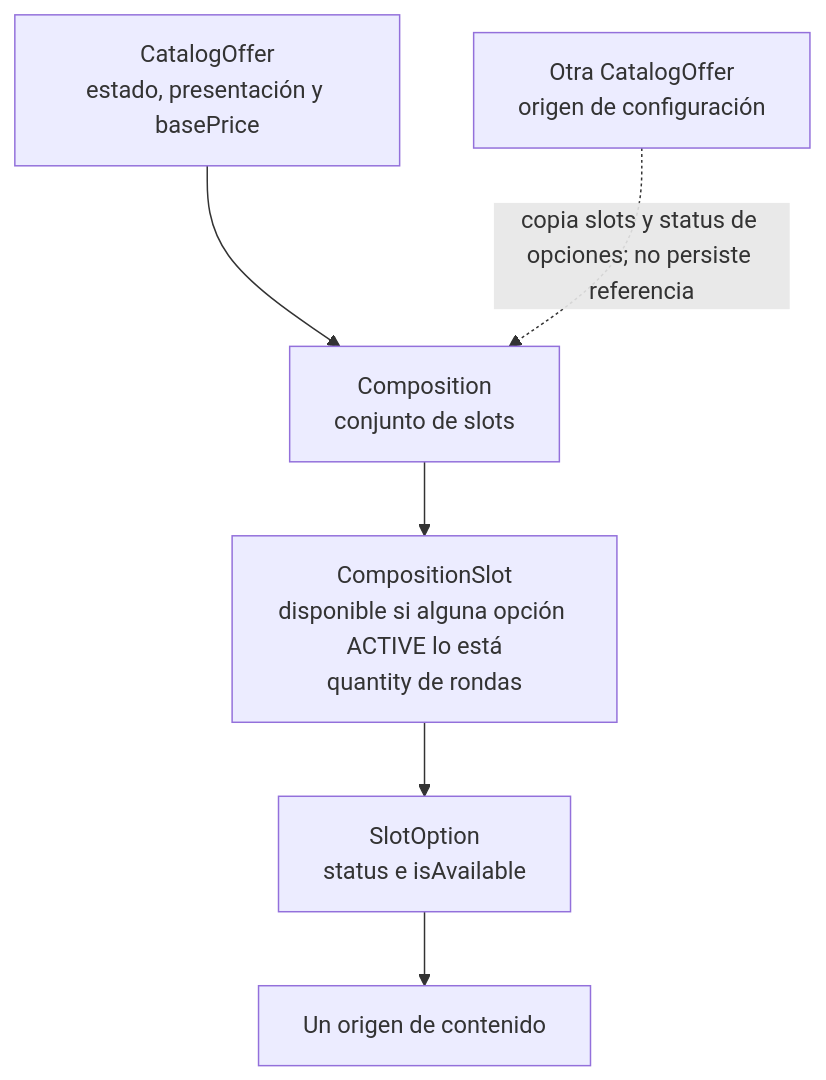
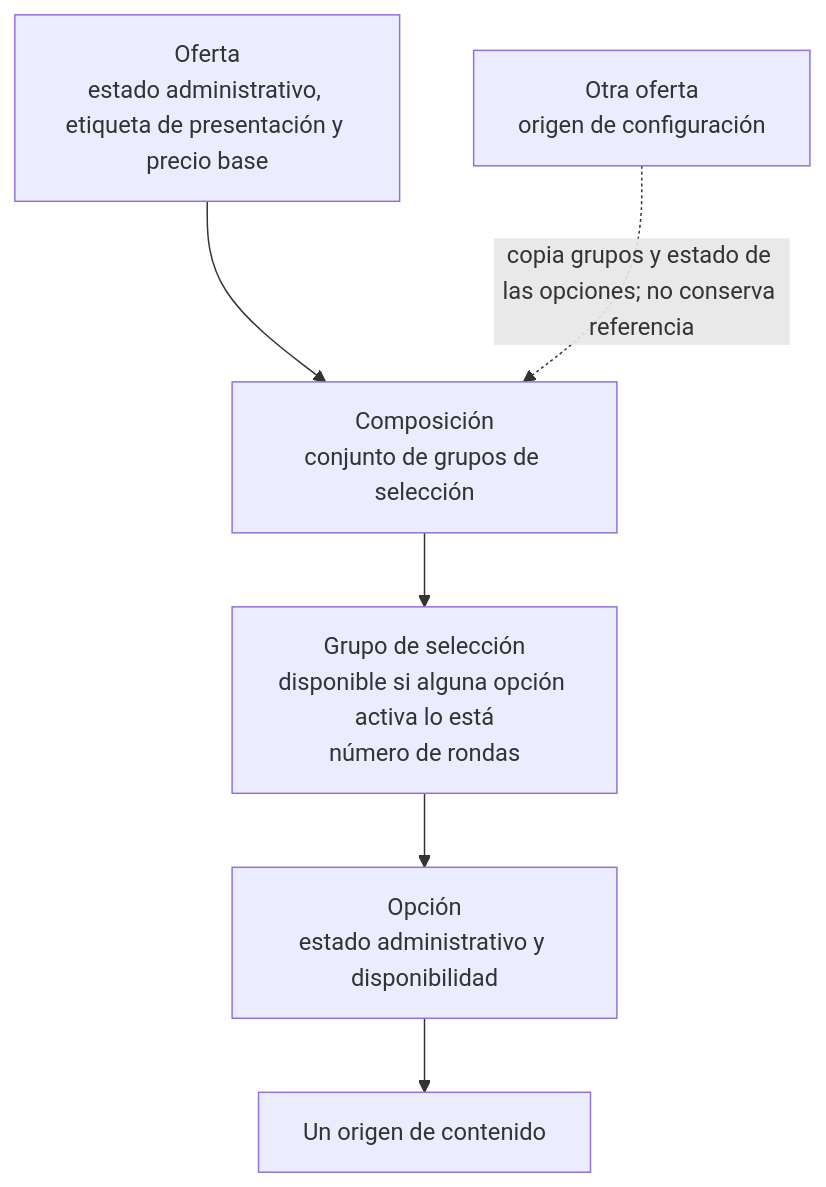
The second of 2 diagrams in docs/ers/context.md (FMAT-Restaurant/Menu-Documentation), drawn with Mermaid before and after one commit. The commit also changed other lines of this file and 21 other files, not shown here.

````diff
--- a/docs/ers/context.md
+++ b/docs/ers/context.md
@@ -98,8 +92,8 @@
 ```mermaid
 flowchart TD
-    Offer["CatalogOffer<br/>estado, presentación y basePrice"] --> Composition["Composition<br/>conjunto de slots"]
-    Composition --> Slot["CompositionSlot<br/>disponible si alguna opción ACTIVE lo está<br/>quantity de rondas"]
-    Slot --> SlotOption["SlotOption<br/>status e isAvailable"]
+    Offer["Oferta<br/>estado administrativo, etiqueta de presentación y precio base"] --> Composition["Composición<br/>conjunto de grupos de selección"]
+    Composition --> Slot["Grupo de selección<br/>disponible si alguna opción activa lo está<br/>número de rondas"]
+    Slot --> SlotOption["Opción<br/>estado administrativo y disponibilidad"]
     SlotOption --> Source["Un origen de contenido"]
-    TemplateOffer["Otra CatalogOffer<br/>origen de configuración"] -. "copia slots y status de opciones; no persiste referencia" .-> Composition
+    TemplateOffer["Otra oferta<br/>origen de configuración"] -. "copia grupos y estado de las opciones; no conserva referencia" .-> Composition
 ```
````
